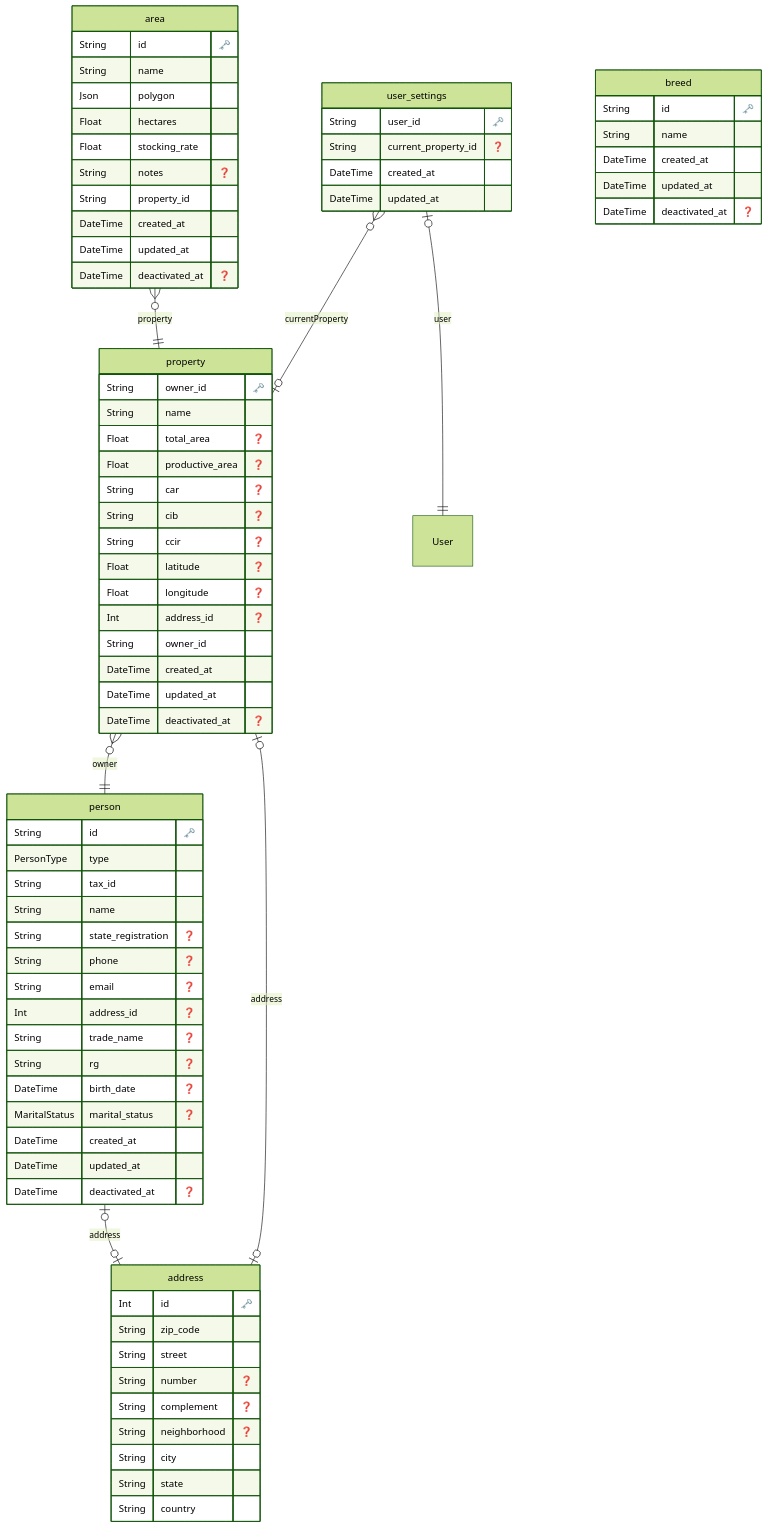
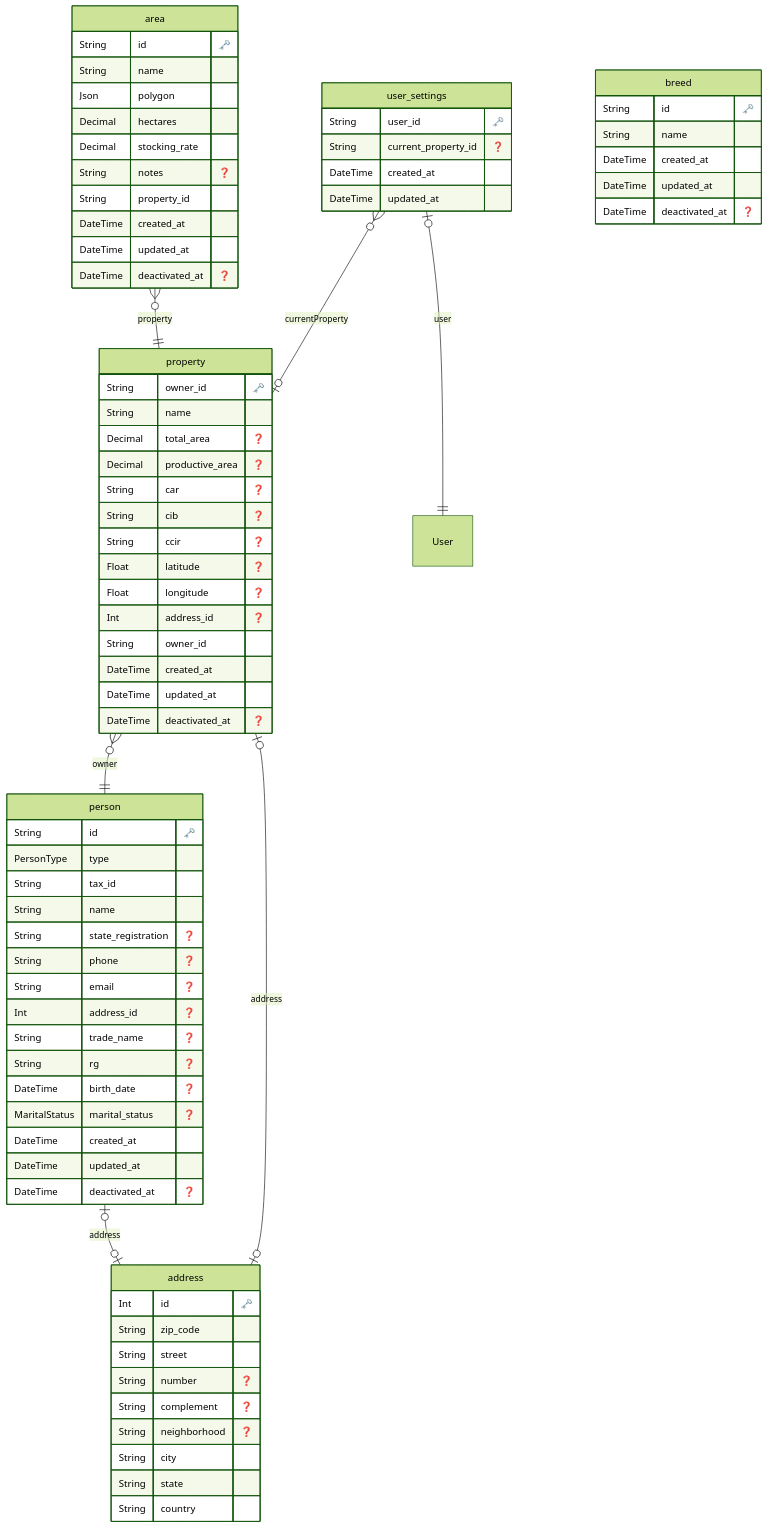
The diagram in docs/ERD.md (FelipeMzero/ifarm-preview), drawn with Mermaid (forest theme) before and after one commit. The commit also changed 7 other files, not shown here.

```diff
--- a/docs/ERD.md
+++ b/docs/ERD.md
@@ -36,8 +36,8 @@
   "property" {
     String owner_id "🗝️"
     String name 
-    Float total_area "❓"
-    Float productive_area "❓"
+    Decimal total_area "❓"
+    Decimal productive_area "❓"
     String car "❓"
     String cib "❓"
     String ccir "❓"
@@ -55,8 +55,8 @@
     String id "🗝️"
     String name 
     Json polygon 
-    Float hectares 
-    Float stocking_rate 
+    Decimal hectares 
+    Decimal stocking_rate 
     String notes "❓"
     String property_id 
     DateTime created_at 
```
